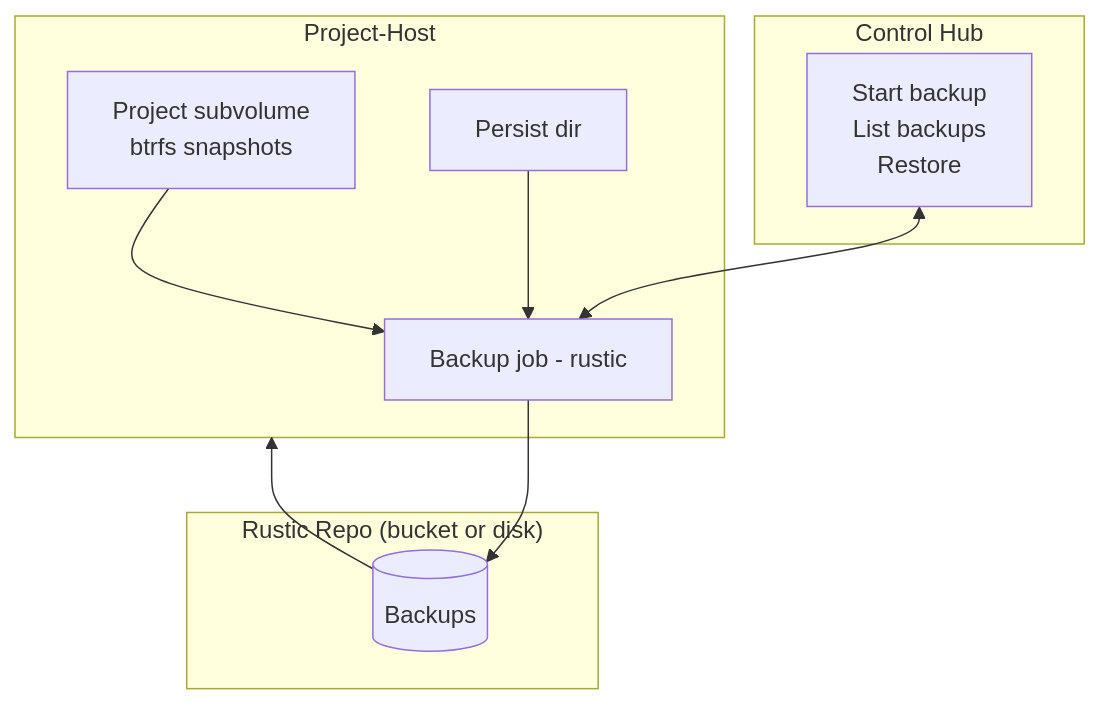
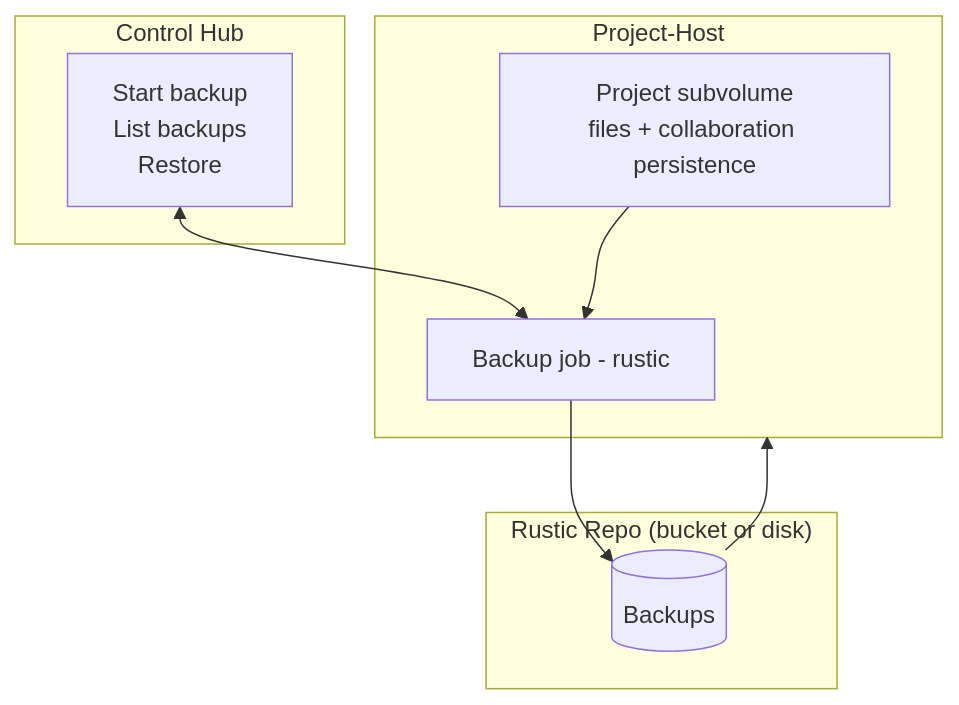
One commit to sagemathinc/cocalc-ai changed the diagram in docs/project-backups.md. Above: the diagram before and after it, drawn with Mermaid. The commit also changed other lines of this file and 48 other files, not shown here.

````diff
--- a/docs/project-backups.md
+++ b/docs/project-backups.md
@@ -7,22 +7,20 @@
 ```mermaid
 flowchart TD
     subgraph Host["Project-Host"]
-      P[Project subvolume<br/>btrfs snapshots]
-      S[Persist dir]
+      P[Project subvolume<br/>files + collaboration persistence]
       R[Backup job - rustic]
       P --> R
-      S --> R
     end
 
     subgraph Storage["Rustic Repo (bucket or disk)"]
       Repo[(Backups)]
     end
 
     subgraph Hub["Control Hub"]
       API[Start backup<br/>List backups<br/>Restore]
     end
 
     R --> Repo
     API <--> R
     Repo --> Host
 ```
````
